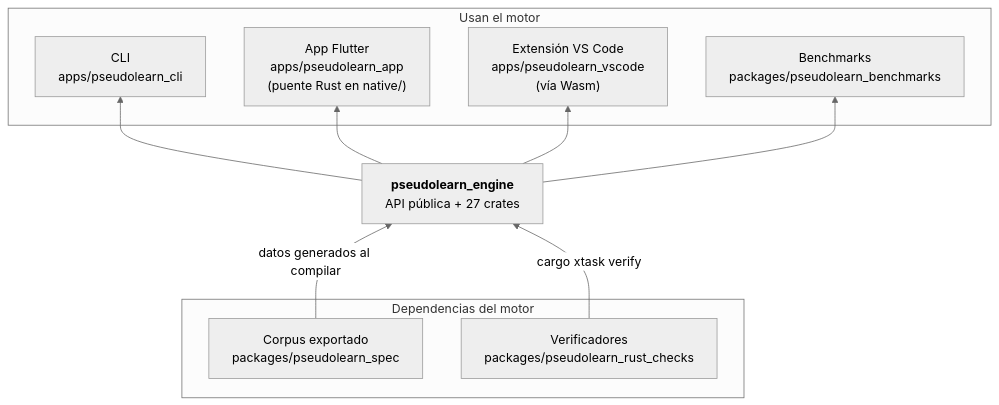
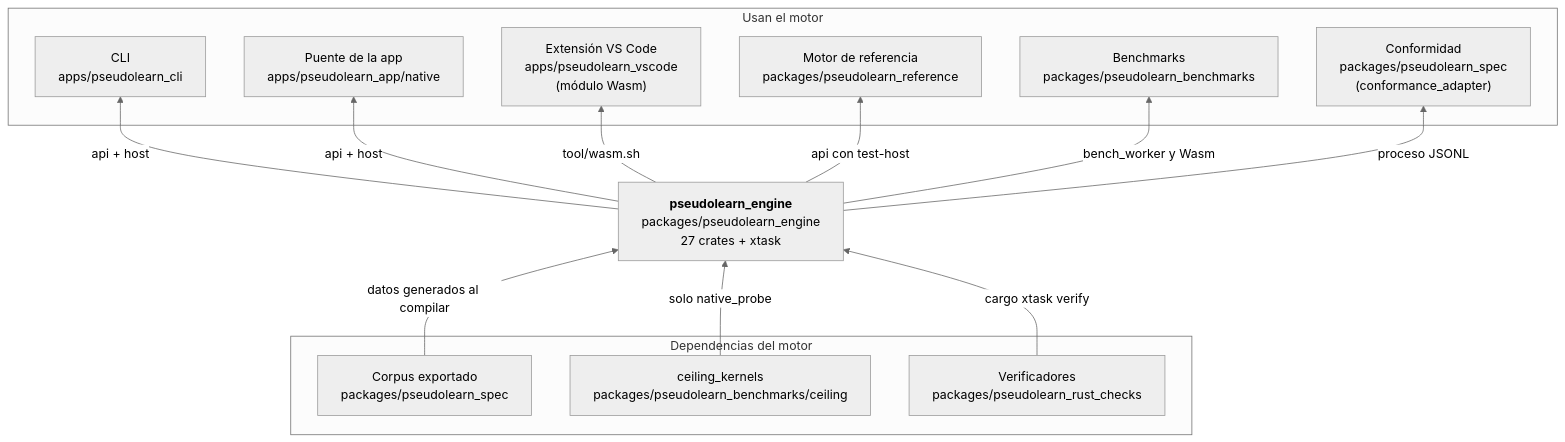
One commit to cgutieco/pseudolearn changed the first of 3 diagrams in packages/pseudolearn_engine/README.md. Above: the diagram before and after it, drawn with Mermaid (neutral theme). The commit also changed other lines of this file and 29 other files, not shown here.

Commit message:
refactor(architecture): clear generated_sources and maintain deterministic output crates

````diff
--- a/packages/pseudolearn_engine/README.md
+++ b/packages/pseudolearn_engine/README.md
@@ -12,23 +13,28 @@
 ```mermaid
 flowchart BT
     subgraph NEEDS["Dependencias del motor"]
         SPEC["Corpus exportado<br/>packages/pseudolearn_spec"]
+        CEIL["ceiling_kernels<br/>packages/pseudolearn_benchmarks/ceiling"]
         CHK["Verificadores<br/>packages/pseudolearn_rust_checks"]
     end
 
-    ENG["<b>pseudolearn_engine</b><br/>API pública + 27 crates"]
+    ENG["<b>pseudolearn_engine</b><br/>packages/pseudolearn_engine<br/>27 crates + xtask"]
 
     subgraph USERS["Usan el motor"]
         CLI["CLI<br/>apps/pseudolearn_cli"]
-        APP["App Flutter<br/>apps/pseudolearn_app<br/>(puente Rust en native/)"]
-        VSC["Extensión VS Code<br/>apps/pseudolearn_vscode<br/>(vía Wasm)"]
+        APP["Puente de la app<br/>apps/pseudolearn_app/native"]
+        VSC["Extensión VS Code<br/>apps/pseudolearn_vscode<br/>(módulo Wasm)"]
+        REF["Motor de referencia<br/>packages/pseudolearn_reference"]
         BEN["Benchmarks<br/>packages/pseudolearn_benchmarks"]
+        SEE["Conformidad<br/>packages/pseudolearn_spec<br/>(conformance_adapter)"]
     end
 
     SPEC -->|" datos generados al compilar "| ENG
+    CEIL -->|" solo native_probe "| ENG
     CHK -->|" cargo xtask verify "| ENG
-    ENG --> CLI
-    ENG --> APP
-    ENG --> VSC
-    ENG --> BEN
+    ENG -->|" api + host "| CLI & APP
+    ENG -->|" tool/wasm.sh "| VSC
+    ENG -->|" api con test-host "| REF
+    ENG -->|" bench_worker y Wasm "| BEN
+    ENG -->|" proceso JSONL "| SEE
 ```
````
